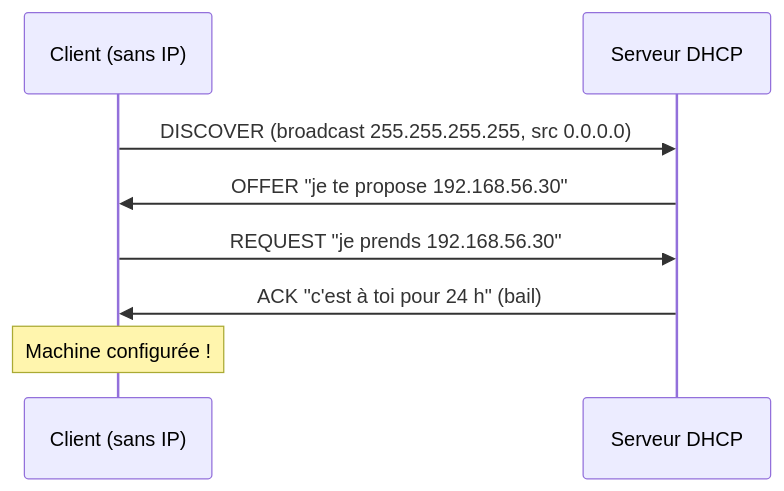
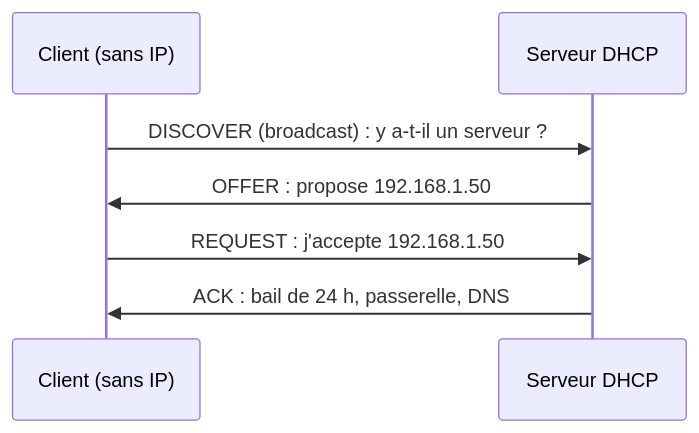
Before and after one commit to efoures/docs-cours: the eighth of 16 diagrams in reseaux/cours-reseaux.md, drawn with Mermaid. The commit also changed other lines of this file, not shown here.

````diff
--- a/reseaux/cours-reseaux.md
+++ b/reseaux/cours-reseaux.md
@@ -884,10 +622,9 @@
 ```mermaid
 sequenceDiagram
-    participant C as Client (sans IP)
-    participant S as Serveur DHCP
-    C->>S: DISCOVER (broadcast 255.255.255.255, src 0.0.0.0)
-    S->>C: OFFER "je te propose 192.168.56.30"
-    C->>S: REQUEST "je prends 192.168.56.30"
-    S->>C: ACK "c'est à toi pour 24 h" (bail)
-    Note over C: Machine configurée !
+  participant C as Client (sans IP)
+  participant S as Serveur DHCP
+  C->>S: DISCOVER (broadcast) : y a-t-il un serveur ?
+  S->>C: OFFER : propose 192.168.1.50
+  C->>S: REQUEST : j'accepte 192.168.1.50
+  S->>C: ACK : bail de 24 h, passerelle, DNS
 ```
````
